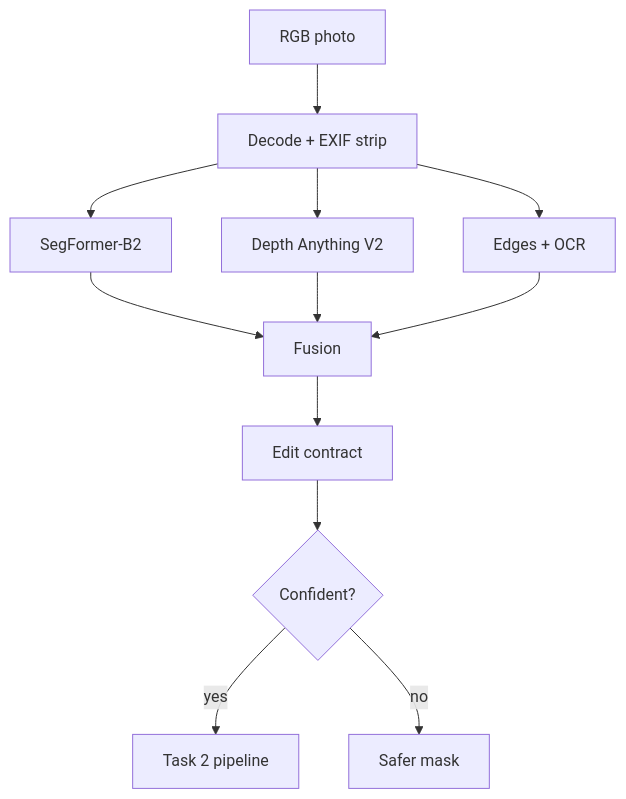
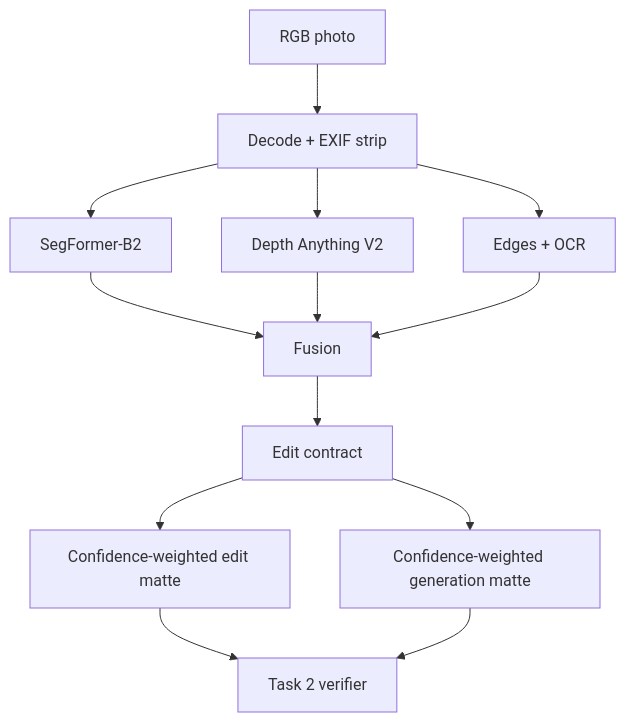
Before and after one commit to mustafametesengul/generative-editing: the diagram in docs/TASK1_PERCEPTION.md, drawn with Mermaid. The commit also changed other lines of this file and 4 other files, not shown here.

Commit message:
Refine documentation for clarity and consistency in README, assumptions, task perception, generation, and training distillation documents

````diff
--- a/docs/TASK1_PERCEPTION.md
+++ b/docs/TASK1_PERCEPTION.md
@@ -5,14 +5,15 @@
 ```mermaid
 flowchart TD
     A[RGB photo] --> B[Decode + EXIF strip]
     B --> C[SegFormer-B2]
     B --> D[Depth Anything V2]
     B --> E[Edges + OCR]
     C --> F[Fusion]
     D --> F
     E --> F
     F --> G[Edit contract]
-    G --> H{Confident?}
-    H -->|yes| I[Task 2 pipeline]
-    H -->|no| J[Safer mask]
+    G --> H[Confidence-weighted edit matte]
+    G --> I[Confidence-weighted generation matte]
+    H --> J[Task 2 verifier]
+    I --> J
 ```
````
